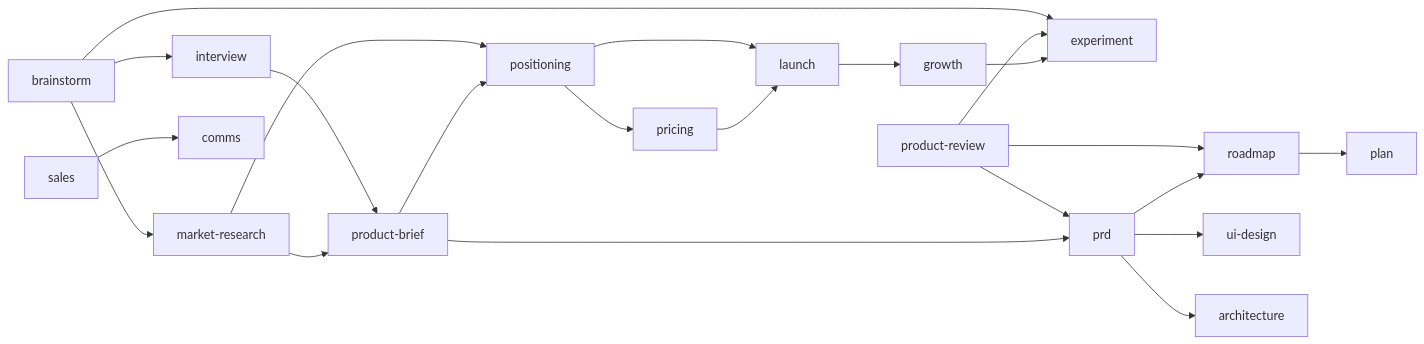
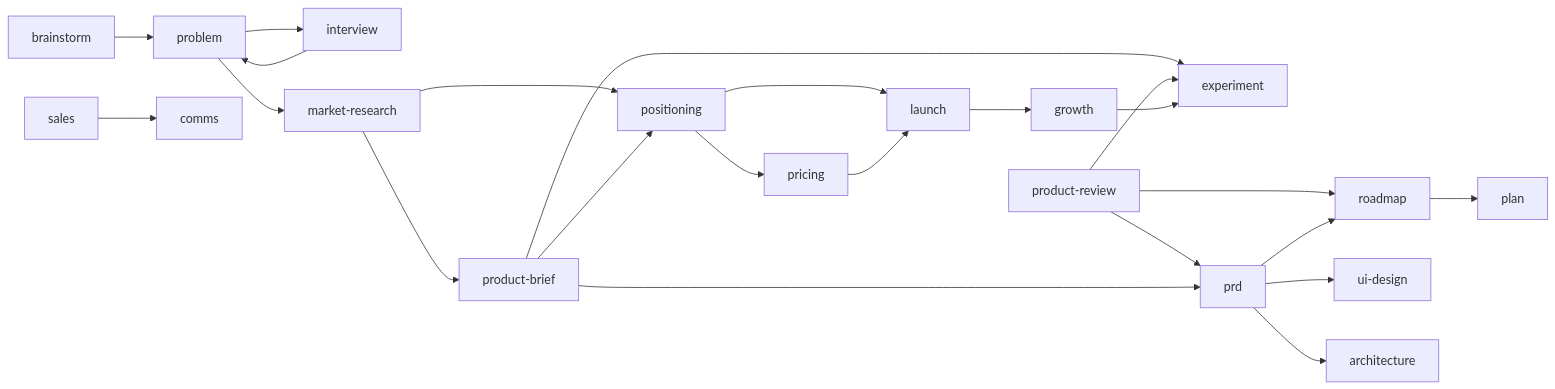
One commit to developedbyflow/ways-of-working changed the fourth of 4 diagrams in ECOSYSTEM.md. Above: the diagram before and after it, drawn with Mermaid. The commit also changed other lines of this file and 13 other files, not shown here.

````diff
--- a/ECOSYSTEM.md
+++ b/ECOSYSTEM.md
@@ -163,24 +164,25 @@
 ```mermaid
 flowchart LR
-  BS[brainstorm] --> IV[interview]
-  BS --> MR[market-research]
-  BS --> EX[experiment]
-  IV --> PB[product-brief]
-  MR --> PB
+  BS[brainstorm] --> PBM[problem]
+  PBM --> IV[interview]
+  IV --> PBM
+  PBM --> MR[market-research]
+  MR --> PB[product-brief]
+  PB --> EX[experiment]
   MR --> PO[positioning]
   PRV[product-review] --> EX
   PRV --> PRD[prd]
   PRV --> RM[roadmap]
   PB --> PRD
   PB --> PO
   PRD --> UI[ui-design]
   PRD --> AR[architecture]
   PRD --> RM
   RM --> PN[plan]
   PO --> PRC[pricing]
   PO --> LA[launch]
   PRC --> LA
   LA --> GW[growth]
   GW --> EX
   SA[sales] --> CO[comms]
 ```
````
